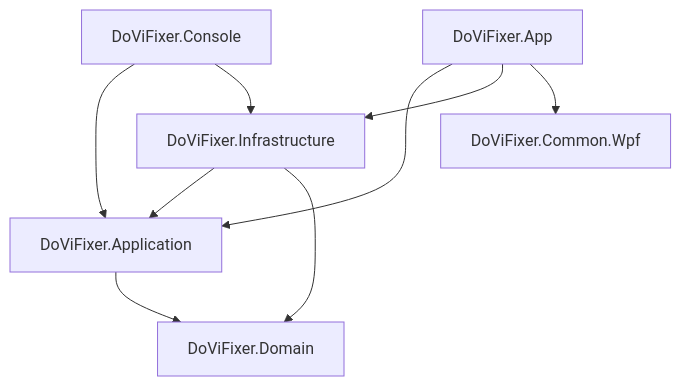
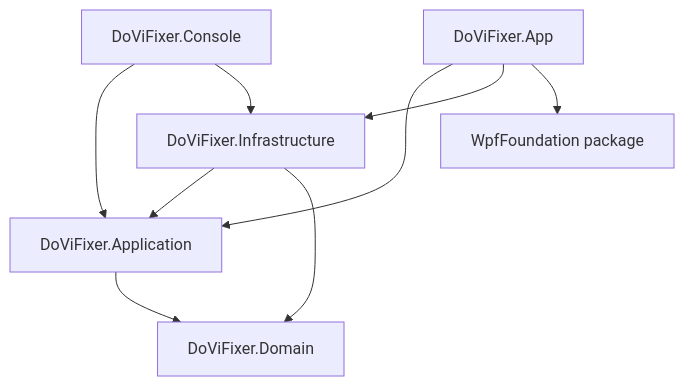
The diagram in docs/architecture.md (gbolotin/DoViFixer), drawn with Mermaid before and after one commit. The commit also changed other lines of this file and 8 other files, not shown here.

First line of the commit message:
Reference WpfFoundation with the local switch and add CI

````diff
--- a/docs/architecture.md
+++ b/docs/architecture.md
@@ -104,11 +100,11 @@
 ```mermaid
 flowchart TD
     Console[DoViFixer.Console] --> Application[DoViFixer.Application]
     App[DoViFixer.App] --> Application
     Console --> Infrastructure[DoViFixer.Infrastructure]
     App --> Infrastructure
     Infrastructure --> Application
     Infrastructure --> Domain[DoViFixer.Domain]
     Application --> Domain
-    App --> Common[DoViFixer.Common.Wpf]
+    App --> WpfFoundation[WpfFoundation package]
 ```
````
